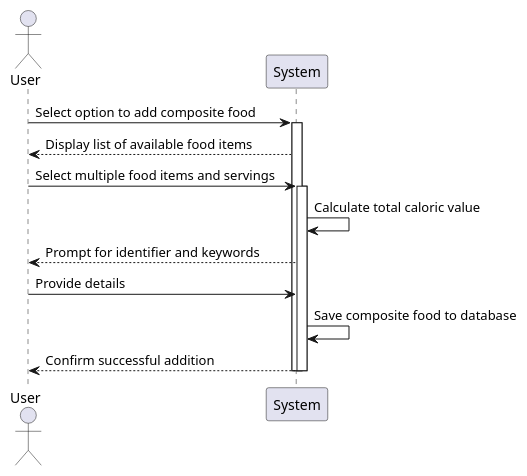
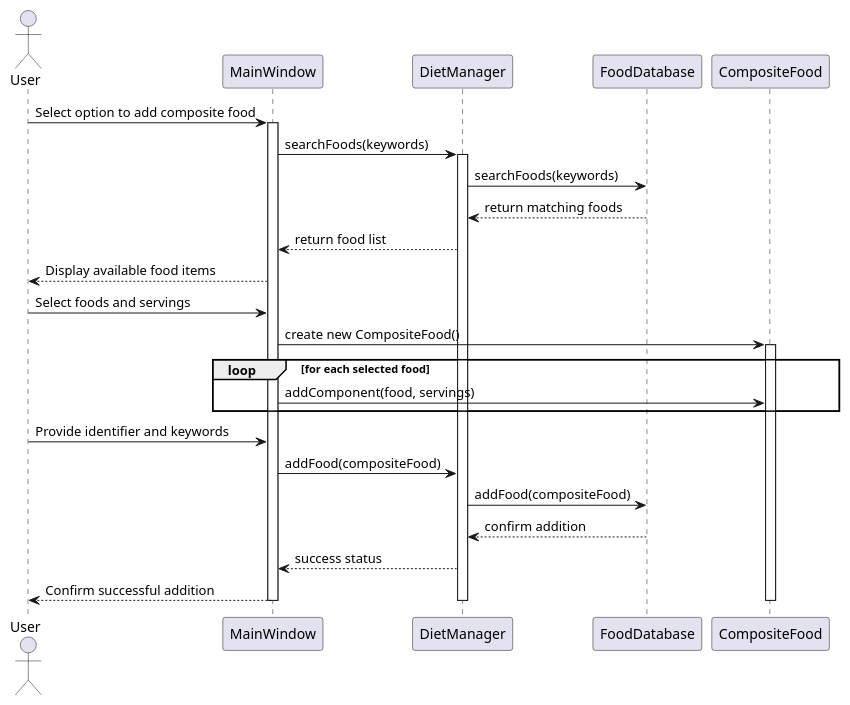
One commit to Kriti1908/Diet-Manager changed the diagram in seq1.puml. Above: the diagram before and after it, drawn with PlantUML. The commit also changed other lines of this file and 11 other files, not shown here.

Commit message:
updated diagrams

```diff
--- a/seq1.puml
+++ b/seq1.puml
@@ -1,20 +2,37 @@
 @startuml uc2
 actor User
-participant "System" as System
+participant "MainWindow" as UI
+participant "DietManager" as DM
+participant "FoodDatabase" as DB
+participant "CompositeFood" as CF
 
-User -> System : Select option to add composite food
-activate System
+User -> UI : Select option to add composite food
+activate UI
 
-System --> User : Display list of available food items
-User -> System : Select multiple food items and servings
-activate System
+UI -> DM : searchFoods(keywords)
+activate DM
+DM -> DB : searchFoods(keywords)
+DB --> DM : return matching foods
+DM --> UI : return food list
+UI --> User : Display available food items
 
-System -> System : Calculate total caloric value
-System --> User : Prompt for identifier and keywords
-User -> System : Provide details
-System -> System : Save composite food to database
-System --> User : Confirm successful addition
-deactivate System
-deactivate System
+User -> UI : Select foods and servings
+UI -> CF : create new CompositeFood()
+activate CF
+
+loop for each selected food
+    UI -> CF : addComponent(food, servings)
+end
+
+User -> UI : Provide identifier and keywords
+UI -> DM : addFood(compositeFood)
+DM -> DB : addFood(compositeFood)
+DB --> DM : confirm addition
+DM --> UI : success status
+UI --> User : Confirm successful addition
+
+deactivate CF
+deactivate DM
+deactivate UI
 
 @enduml
```
